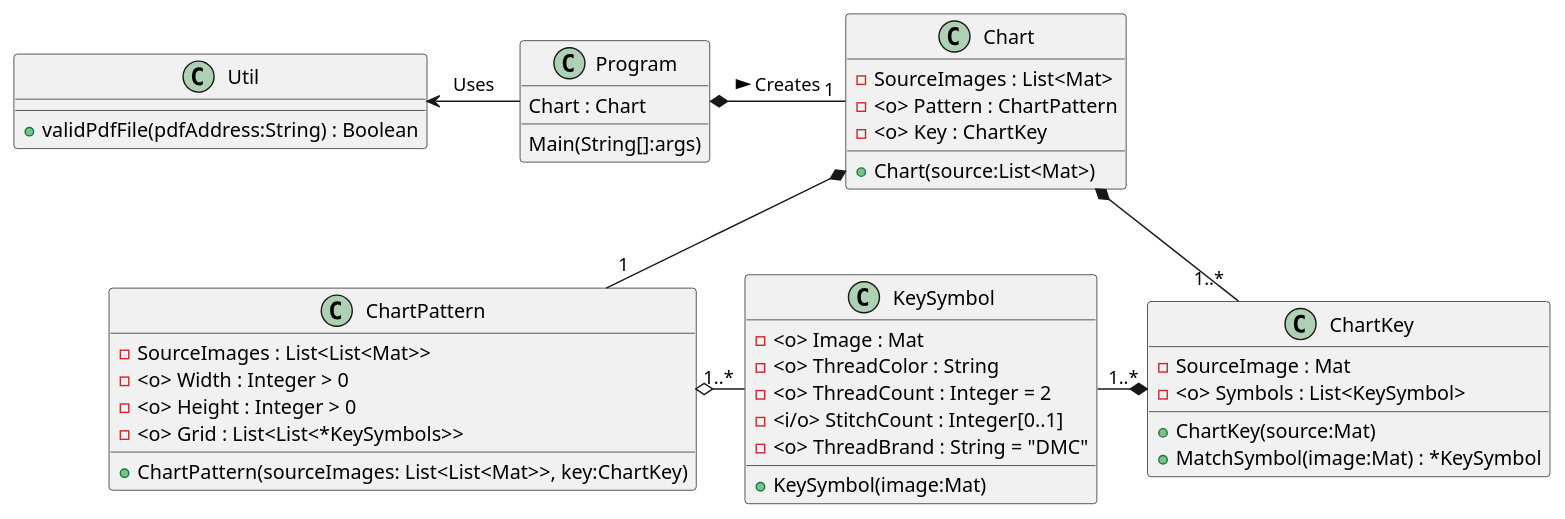
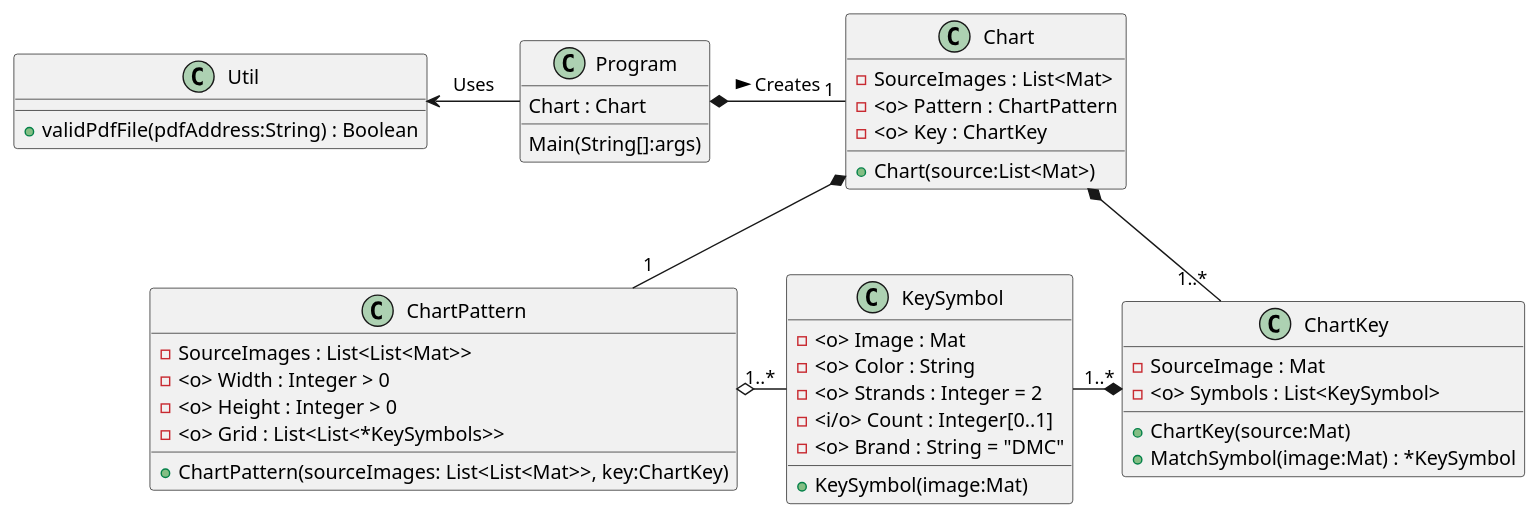
One commit to Badwolf369/PatternSeer changed the diagram in PatternSeer/doc/classes.md. Above: the diagram before and after it, drawn with PlantUML.

Commit message:
Rename KeySymbol properties

```diff
--- a/PatternSeer/doc/classes.md
+++ b/PatternSeer/doc/classes.md
@@ -1,45 +1,45 @@
 @startuml
 class Program {
     Chart : Chart
     Main(String[]:args)
 }
 class Chart {
     -SourceImages : List<Mat>
     -<o> Pattern : ChartPattern
     -<o> Key : ChartKey
     +Chart(source:List<Mat>)
 }
 class ChartPattern {
     -SourceImages : List<List<Mat>>
     -<o> Width : Integer > 0
     -<o> Height : Integer > 0
     -<o> Grid : List<List<*KeySymbols>>
     +ChartPattern(sourceImages: List<List<Mat>>, key:ChartKey)
 }
 class ChartKey {
     -SourceImage : Mat
     -<o> Symbols : List<KeySymbol>
     +ChartKey(source:Mat)
     +MatchSymbol(image:Mat) : *KeySymbol
 }
 class KeySymbol {
     -<o> Image : Mat
-    -<o> ThreadColor : String
-    -<o> ThreadCount : Integer = 2
-    -<i/o> StitchCount : Integer[0..1]
-    -<o> ThreadBrand : String = "DMC"
+    -<o> Color : String
+    -<o> Strands : Integer = 2
+    -<i/o> Count : Integer[0..1]
+    -<o> Brand : String = "DMC"
     +KeySymbol(image:Mat)
 }
 
 Chart "1" -l-* Program : < Creates
 ChartKey "1..*" -u-* Chart
 ChartPattern "1" -u-* Chart
 KeySymbol "1..*" -l-o ChartPattern
 KeySymbol "1..*" -r-* ChartKey
 
 class Util {
     +validPdfFile(pdfAddress:String) : Boolean
 }
 
 Program -l-> Util : Uses
 @enduml
```
